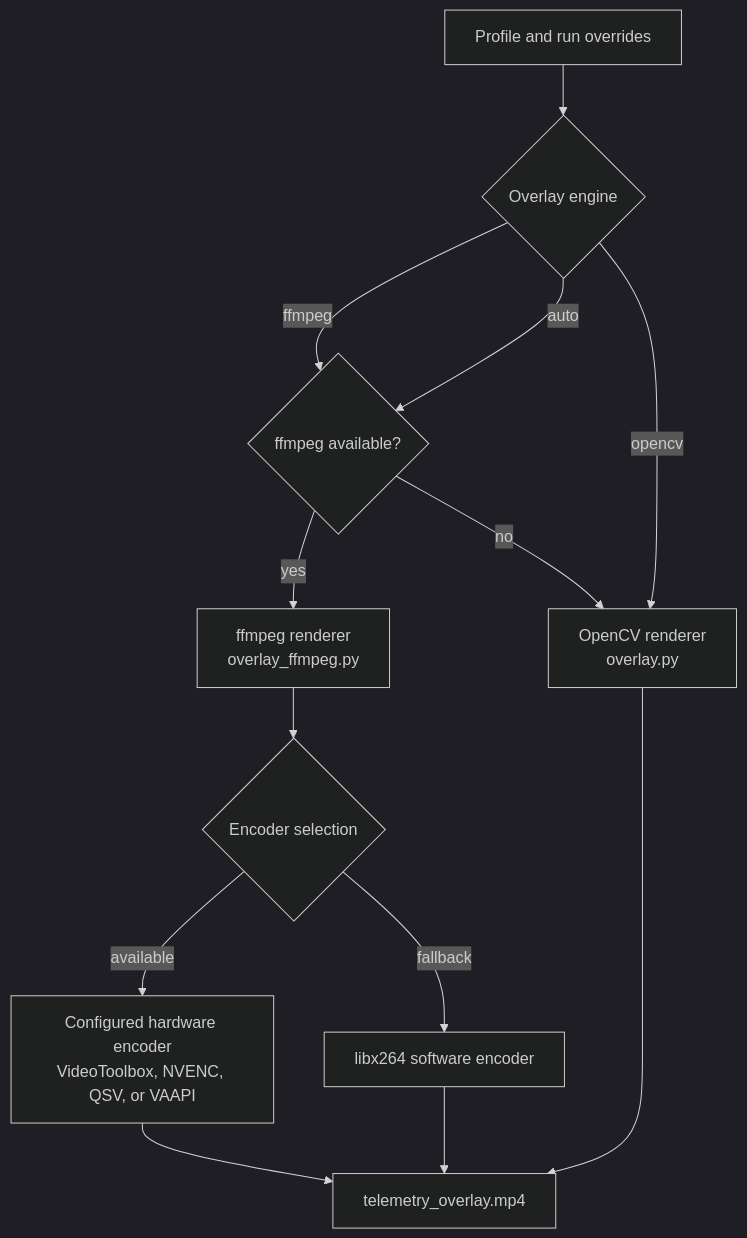
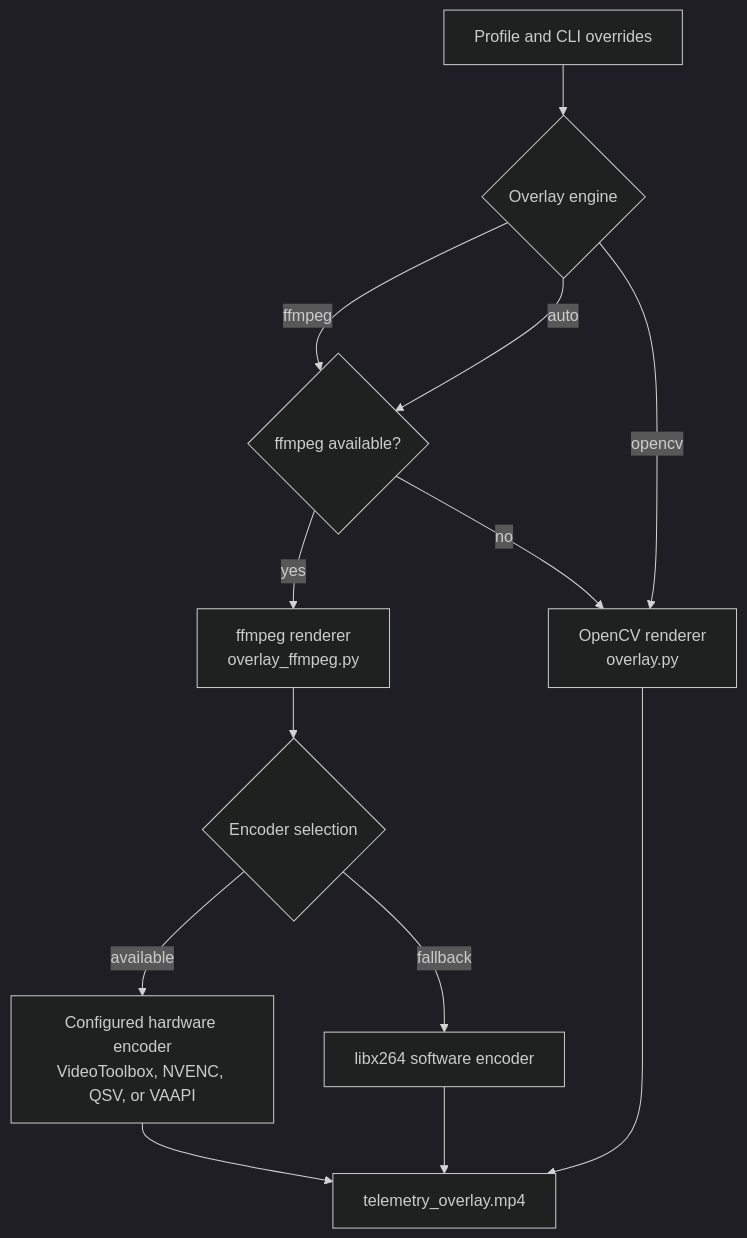
The fourth of 4 diagrams in docs/internal/pipeline.md (massimopiazza/webcalyzer), drawn with Mermaid (dark theme) before and after one commit. The commit also changed other lines of this file and 49 other files, not shown here.

````diff
--- a/docs/internal/pipeline.md
+++ b/docs/internal/pipeline.md
@@ -159,22 +159,22 @@
 ```mermaid
 flowchart TD
-  settings["Profile and run overrides"]
+  settings["Profile and CLI overrides"]
   engine{"Overlay engine"}
   ffmpegAvailable{"ffmpeg available?"}
   ffmpeg["ffmpeg renderer<br/>overlay_ffmpeg.py"]
   encoder{"Encoder selection"}
   hardware["Configured hardware encoder<br/>VideoToolbox, NVENC, QSV, or VAAPI"]
   software["libx264 software encoder"]
   opencv["OpenCV renderer<br/>overlay.py"]
   output["telemetry_overlay.mp4"]
 
   settings --> engine
   engine -->|ffmpeg| ffmpegAvailable
   engine -->|auto| ffmpegAvailable
   engine -->|opencv| opencv
   ffmpegAvailable -->|yes| ffmpeg --> encoder
   ffmpegAvailable -->|no| opencv
   encoder -->|available| hardware --> output
   encoder -->|fallback| software --> output
   opencv --> output
 ```
````
